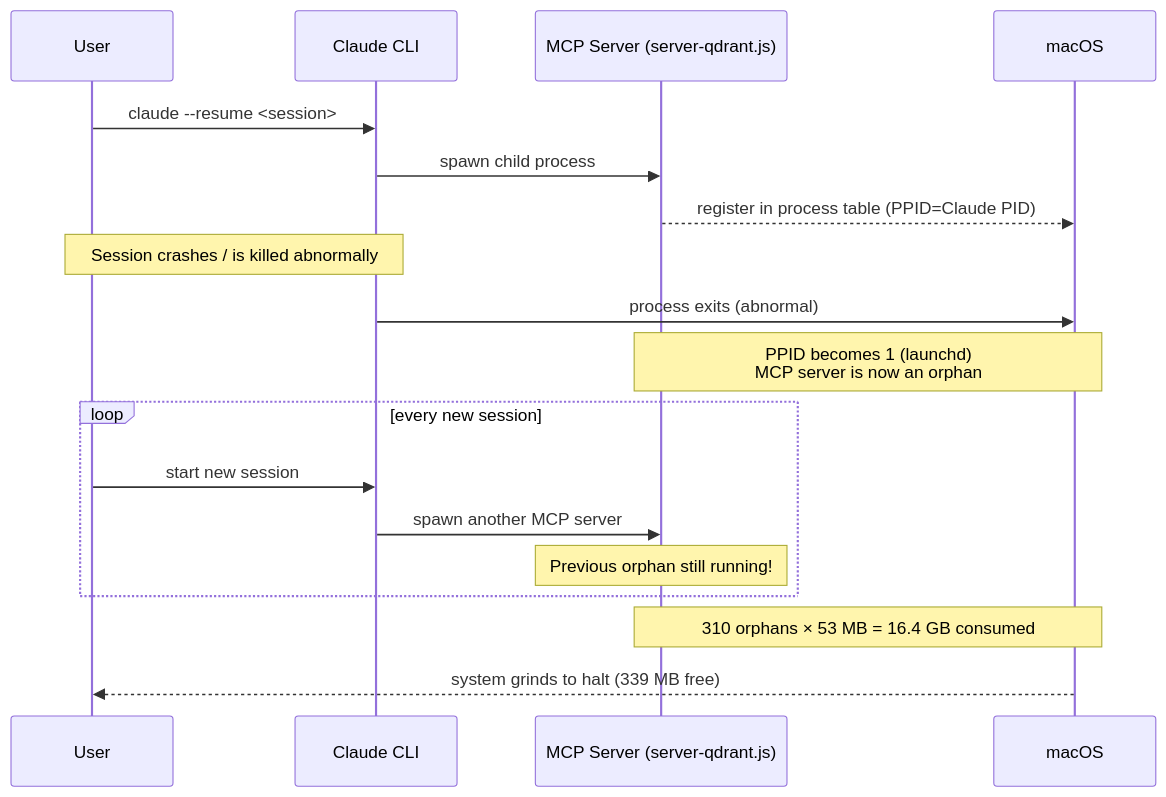
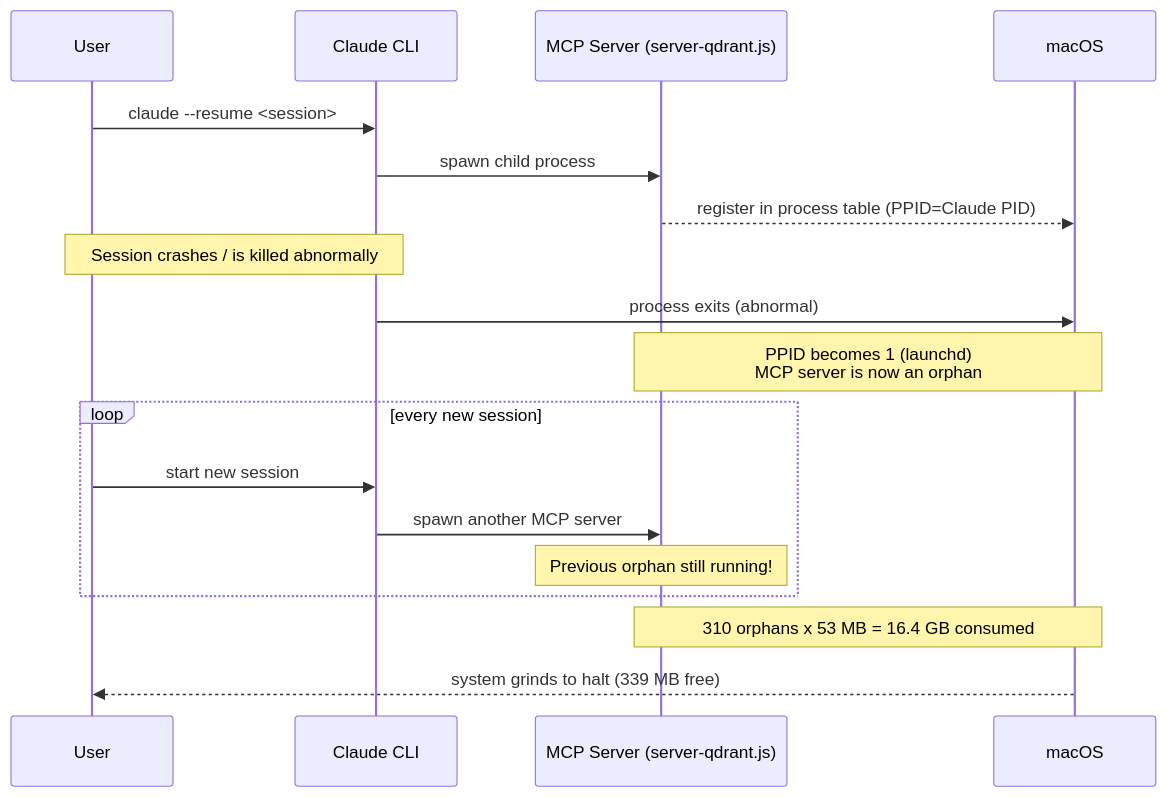
The first of 6 diagrams in README.md (bianbiandashen/ai-watchdog), drawn with Mermaid before and after one commit. The commit also changed other lines of this file and 9 other files, not shown here.

First line of the commit message:
feat: Harness + Compound dual-layer architecture, LLM session summaries, PageIndex auto-reindex

````diff
--- a/README.md
+++ b/README.md
@@ -75,25 +278,25 @@
 ```mermaid
 sequenceDiagram
     participant User
     participant Claude as Claude CLI
     participant MCP as MCP Server (server-qdrant.js)
     participant OS as macOS
 
     User->>Claude: claude --resume <session>
     Claude->>MCP: spawn child process
     MCP-->>OS: register in process table (PPID=Claude PID)
 
     Note over User,Claude: Session crashes / is killed abnormally
 
     Claude->>OS: process exits (abnormal)
     Note over MCP,OS: PPID becomes 1 (launchd)<br/>MCP server is now an orphan
 
     loop every new session
         User->>Claude: start new session
         Claude->>MCP: spawn another MCP server
         Note over MCP: Previous orphan still running!
     end
 
-    Note over MCP,OS: 310 orphans × 53 MB = 16.4 GB consumed
+    Note over MCP,OS: 310 orphans x 53 MB = 16.4 GB consumed
     OS-->>User: system grinds to halt (339 MB free)
 ```
````
